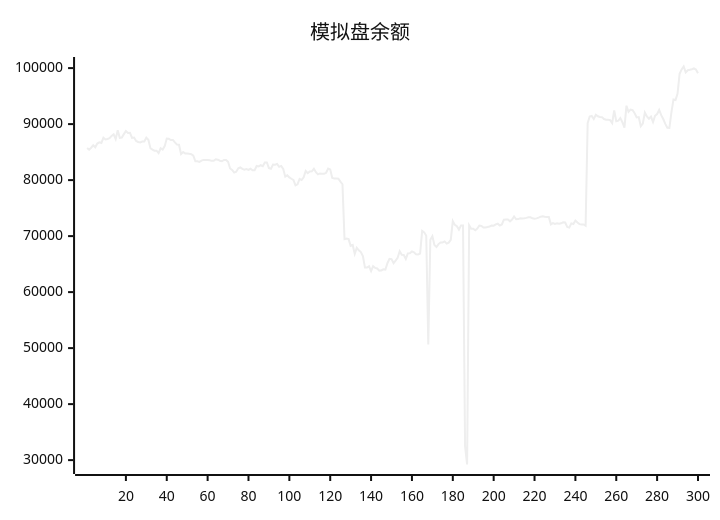
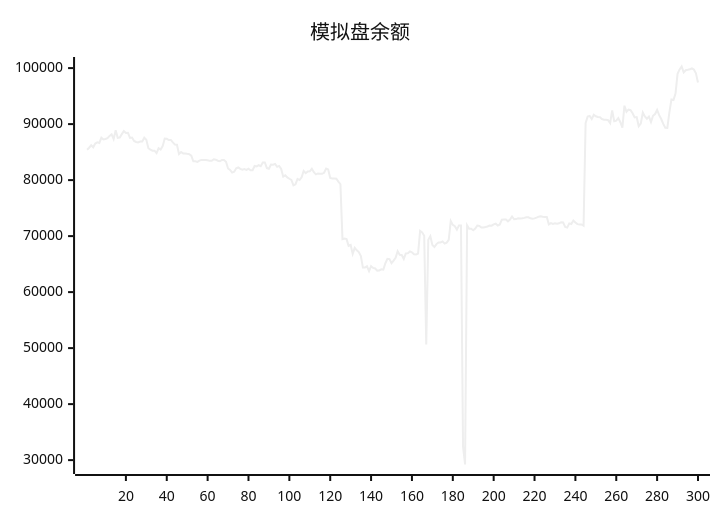
Before and after one commit to aahl/ai-trading: the diagram in README.md, drawn with Mermaid (neutral theme). The commit also changed other lines of this file and 1 other file, not shown here.

````diff
--- a/README.md
+++ b/README.md
@@ -5,5 +5,5 @@
 ```mermaid
 xychart
     title "模拟盘余额"
-    line [85725,85437,85787,86219,85859,86526,86740,86630,87563,87264,87335,87483,87886,88180,87335,88894,87544,87608,88207,88755,88401,88444,87543,87608,87000,86810,86740,86894,86884,87576,87209,85686,85435,85251,85255,84820,85689,85453,86066,87420,87373,87161,87178,86740,86341,86315,84643,85012,84772,84768,84690,84635,84376,83360,83357,83259,83474,83608,83606,83602,83548,83440,83454,83724,83644,83464,83365,83590,83592,83275,82072,81806,81344,81492,82109,82254,82006,81848,81955,81829,82022,81769,81776,82522,82441,82656,82498,83144,83144,82150,82038,82797,82763,82872,82367,82536,81981,80612,80862,80484,80242,80034,79063,79245,80226,80016,80507,81625,81233,81544,81578,82016,81401,81019,81186,81130,81118,81306,82066,81909,80392,80304,80291,80258,79729,79261,69466,69579,69456,68251,68415,66832,67911,67462,67144,66432,64380,64375,64606,63740,64647,64324,64216,63842,63877,64078,64008,65156,65945,65888,65157,65625,66144,67284,66653,66639,65924,66925,66956,67263,67108,66766,66729,66886,70927,70673,70049,50652,69334,69973,68400,68061,68578,68876,68879,69055,68662,68822,69329,72687,71999,71760,71162,71911,71896,32500,29218,71927,71297,71305,71044,71337,71883,71822,71536,71536,71622,71723,71880,71860,72100,72216,71887,72077,72940,72976,72966,72638,72948,73497,73004,73041,73173,73160,73186,73258,73375,73351,73173,73098,73161,73305,73474,73536,73457,73413,73412,72100,72333,72164,72272,72204,72285,72461,72421,71652,71521,72267,72157,72774,72424,72144,72060,72091,71858,90185,91338,91466,90900,91678,91404,91268,91244,90903,90779,90787,90721,90187,92429,90518,90619,91070,90328,89376,93286,92202,92581,92485,91947,91196,91259,89619,90086,92063,91355,90950,91327,90373,91498,91800,92531,91603,90910,90031,89351,89334,92097,94406,94315,95455,98972,99763,100286,99229,99622,99701,99805,99938,99738,99082]
+    line [85437,85787,86219,85859,86526,86740,86630,87563,87264,87335,87483,87886,88180,87335,88894,87544,87608,88207,88755,88401,88444,87543,87608,87000,86810,86740,86894,86884,87576,87209,85686,85435,85251,85255,84820,85689,85453,86066,87420,87373,87161,87178,86740,86341,86315,84643,85012,84772,84768,84690,84635,84376,83360,83357,83259,83474,83608,83606,83602,83548,83440,83454,83724,83644,83464,83365,83590,83592,83275,82072,81806,81344,81492,82109,82254,82006,81848,81955,81829,82022,81769,81776,82522,82441,82656,82498,83144,83144,82150,82038,82797,82763,82872,82367,82536,81981,80612,80862,80484,80242,80034,79063,79245,80226,80016,80507,81625,81233,81544,81578,82016,81401,81019,81186,81130,81118,81306,82066,81909,80392,80304,80291,80258,79729,79261,69466,69579,69456,68251,68415,66832,67911,67462,67144,66432,64380,64375,64606,63740,64647,64324,64216,63842,63877,64078,64008,65156,65945,65888,65157,65625,66144,67284,66653,66639,65924,66925,66956,67263,67108,66766,66729,66886,70927,70673,70049,50652,69334,69973,68400,68061,68578,68876,68879,69055,68662,68822,69329,72687,71999,71760,71162,71911,71896,32500,29218,71927,71297,71305,71044,71337,71883,71822,71536,71536,71622,71723,71880,71860,72100,72216,71887,72077,72940,72976,72966,72638,72948,73497,73004,73041,73173,73160,73186,73258,73375,73351,73173,73098,73161,73305,73474,73536,73457,73413,73412,72100,72333,72164,72272,72204,72285,72461,72421,71652,71521,72267,72157,72774,72424,72144,72060,72091,71858,90185,91338,91466,90900,91678,91404,91268,91244,90903,90779,90787,90721,90187,92429,90518,90619,91070,90328,89376,93286,92202,92581,92485,91947,91196,91259,89619,90086,92063,91355,90950,91327,90373,91498,91800,92531,91603,90910,90031,89351,89334,92097,94406,94315,95455,98972,99763,100286,99229,99622,99701,99805,99938,99738,99082,97430]
 ```
````
